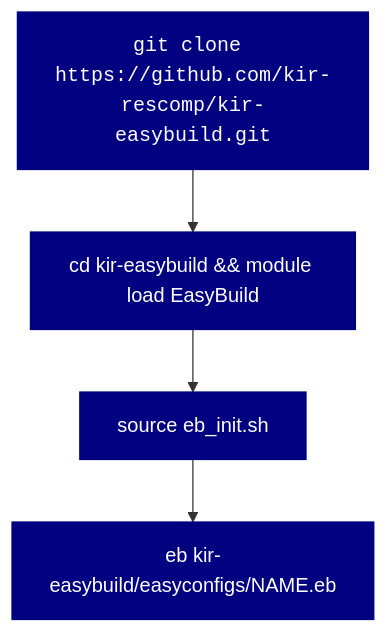
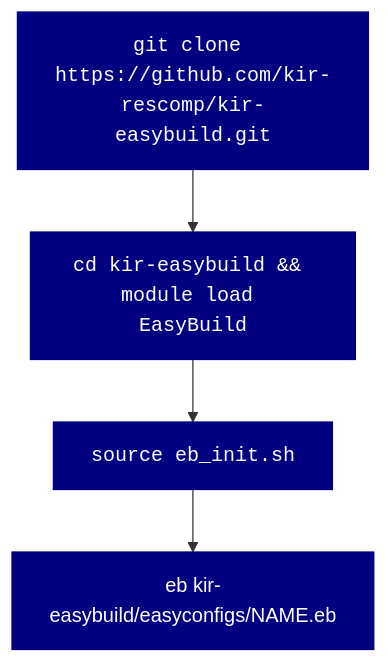
The diagram in README.md (kir-rescomp/kir-easybuild), drawn with Mermaid before and after one commit.

````diff
--- a/README.md
+++ b/README.md
@@ -13,12 +13,14 @@
 ```mermaid
 flowchart TD
     A["git clone https://github.com/kir-rescomp/kir-easybuild.git"] --> B["cd kir-easybuild && module load EasyBuild"]
     B --> C["source eb_init.sh"]
     C --> D["eb kir-easybuild/easyconfigs/NAME.eb"]
     
     classDef navyStyle fill:#000080,stroke:#000080,color:#fff
     class A,B,C,D navyStyle
 
     class A monospaceClass
+    class B monospaceClass
+    class C monospaceClass
     classDef monospaceClass font-family: monospace, monospace;
 ```
````
